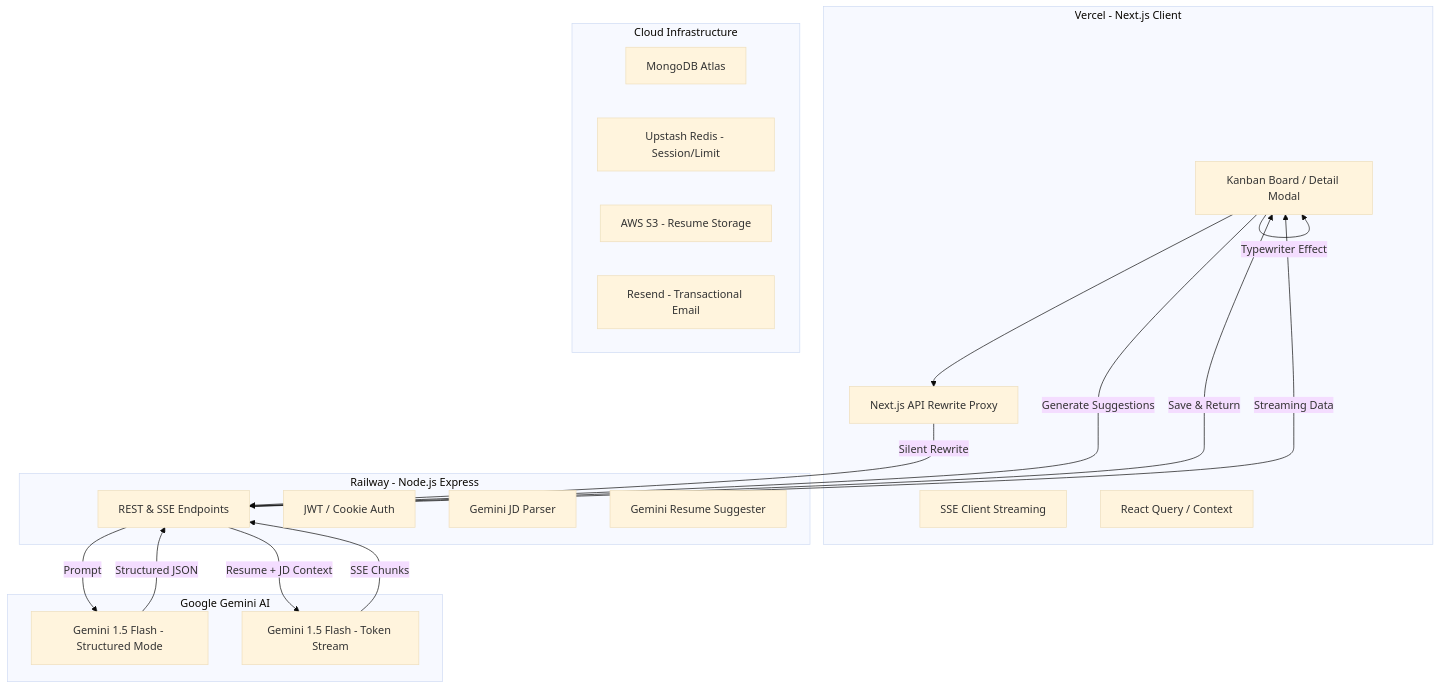
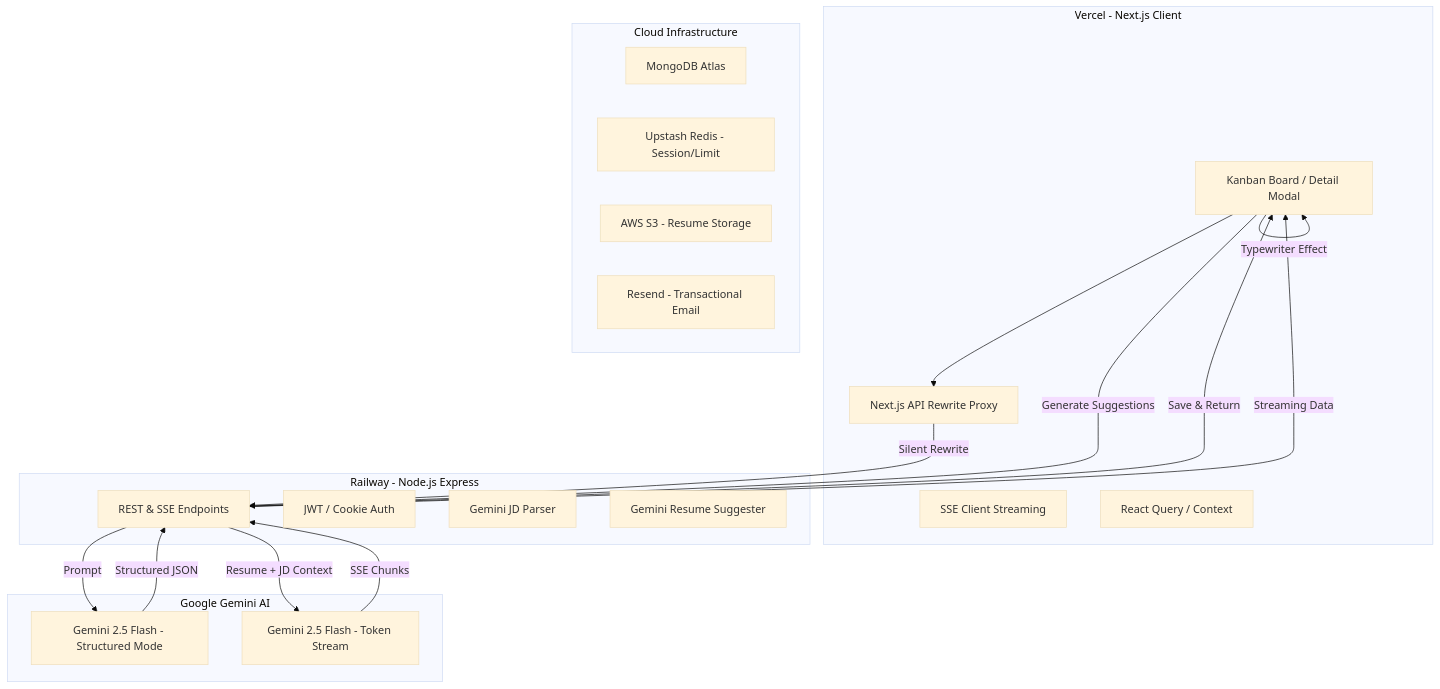
The diagram in README.md (anuj18x0/ai-job-tracker), drawn with Mermaid (base theme) before and after one commit.

````diff
--- a/README.md
+++ b/README.md
@@ -9,41 +9,41 @@
 ```mermaid
 graph TD
     subgraph Frontend [Vercel - Next.js Client]
         UI[Kanban Board / Detail Modal]
         SSE[SSE Client Streaming]
         Store[React Query / Context]
         Proxy[Next.js API Rewrite Proxy]
     end
 
     subgraph Backend [Railway - Node.js Express]
         API[REST & SSE Endpoints]
         Auth[JWT / Cookie Auth]
         parser[Gemini JD Parser]
         suggester[Gemini Resume Suggester]
     end
 
     subgraph AI [Google Gemini AI]
-        JSON[Gemini 1.5 Flash - Structured Mode]
-        Stream[Gemini 1.5 Flash - Token Stream]
+        JSON[Gemini 2.5 Flash - Structured Mode]
+        Stream[Gemini 2.5 Flash - Token Stream]
     end
 
     subgraph Data [Cloud Infrastructure]
         Mongo[MongoDB Atlas]
         Redis[Upstash Redis - Session/Limit]
         S3[AWS S3 - Resume Storage]
         Resend[Resend - Transactional Email]
     end
 
     %% Flow
     UI --> Proxy
     Proxy -->|Silent Rewrite| API
     API -->|Prompt| JSON
     JSON -->|Structured JSON| API
     API -->|Save & Return| UI
 
     UI -->|Generate Suggestions| API
     API -->|Resume + JD Context| Stream
     Stream -->|SSE Chunks| API
     API -->|Streaming Data| UI
     UI -->|Typewriter Effect| UI
 ```
````
